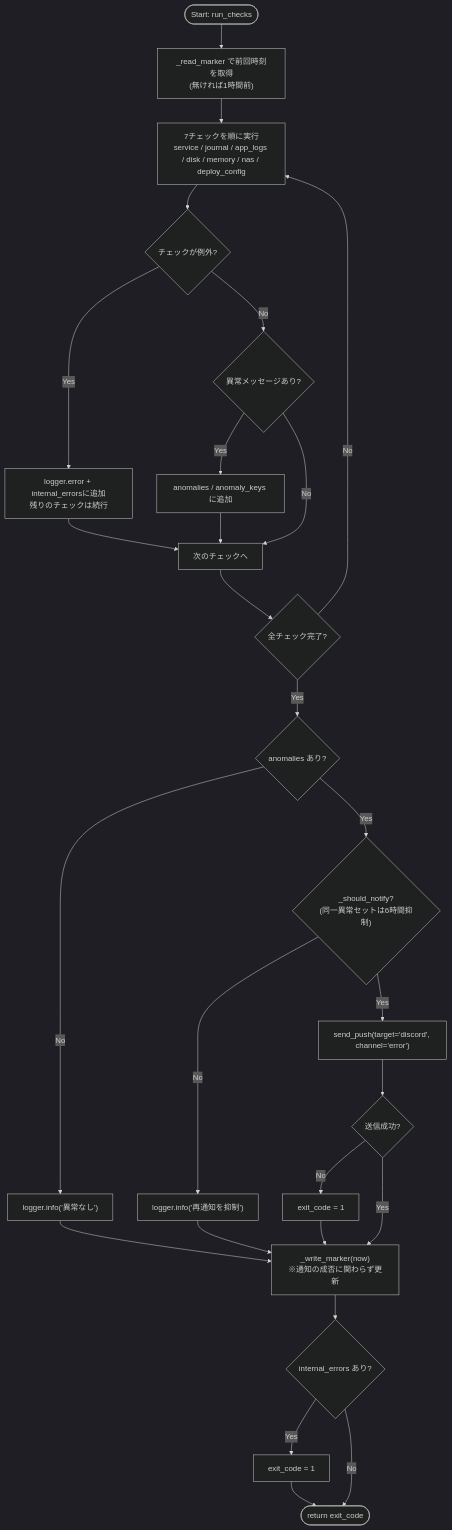
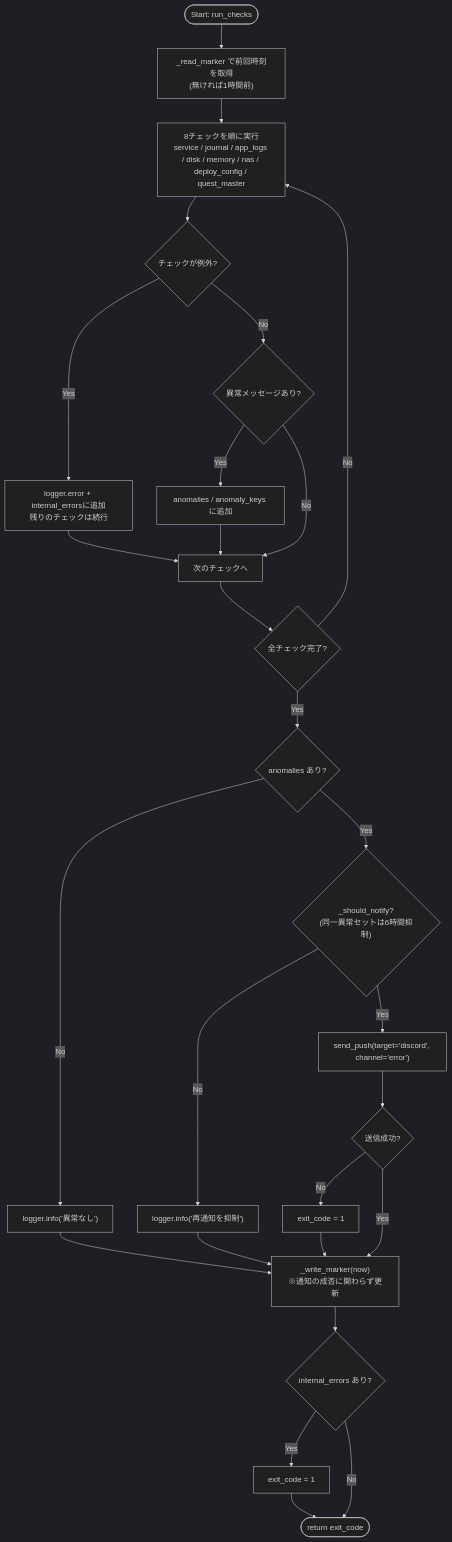
One commit to mmtigers/my_python_project changed the first of 2 diagrams in docs/specifications/MY_HOME_SYSTEM/health_watch.md. Above: the diagram before and after it, drawn with Mermaid (dark theme). The commit also changed other lines of this file and 14 other files, not shown here.

````diff
--- a/docs/specifications/MY_HOME_SYSTEM/health_watch.md
+++ b/docs/specifications/MY_HOME_SYSTEM/health_watch.md
@@ -480,29 +536,29 @@
 ```mermaid
 flowchart TD
     Start([Start: run_checks]) --> ReadMarker["_read_marker で前回時刻を取得<br/>(無ければ1時間前)"]
-    ReadMarker --> Loop["7チェックを順に実行<br/>service / journal / app_logs / disk / memory / nas / deploy_config"]
+    ReadMarker --> Loop["8チェックを順に実行<br/>service / journal / app_logs / disk / memory / nas / deploy_config / quest_master"]
     Loop --> CheckErr{"チェックが例外?"}
     CheckErr -- Yes --> LogInternal["logger.error + internal_errorsに追加<br/>残りのチェックは続行"]
     CheckErr -- No --> HasResult{"異常メッセージあり?"}
     HasResult -- Yes --> Collect["anomalies / anomaly_keys に追加"]
     HasResult -- No --> NextCheck["次のチェックへ"]
     LogInternal --> NextCheck
     Collect --> NextCheck
     NextCheck --> AllDone{"全チェック完了?"}
     AllDone -- No --> Loop
     AllDone -- Yes --> AnyAnomaly{"anomalies あり?"}
     AnyAnomaly -- No --> LogOk["logger.info('異常なし')"]
     AnyAnomaly -- Yes --> ShouldNotify{"_should_notify?<br/>(同一異常セットは6時間抑制)"}
     ShouldNotify -- No --> LogSuppress["logger.info('再通知を抑制')"]
     ShouldNotify -- Yes --> Notify["send_push(target='discord', channel='error')"]
     Notify --> NotifyOk{"送信成功?"}
     NotifyOk -- No --> ExitErr["exit_code = 1"]
     NotifyOk -- Yes --> WriteMarker
     LogOk --> WriteMarker
     LogSuppress --> WriteMarker
     ExitErr --> WriteMarker
     WriteMarker["_write_marker(now)<br/>※通知の成否に関わらず更新"] --> InternalCheck{"internal_errors あり?"}
     InternalCheck -- Yes --> ExitOne["exit_code = 1"]
     InternalCheck -- No --> End([return exit_code])
     ExitOne --> End
 ```
````
